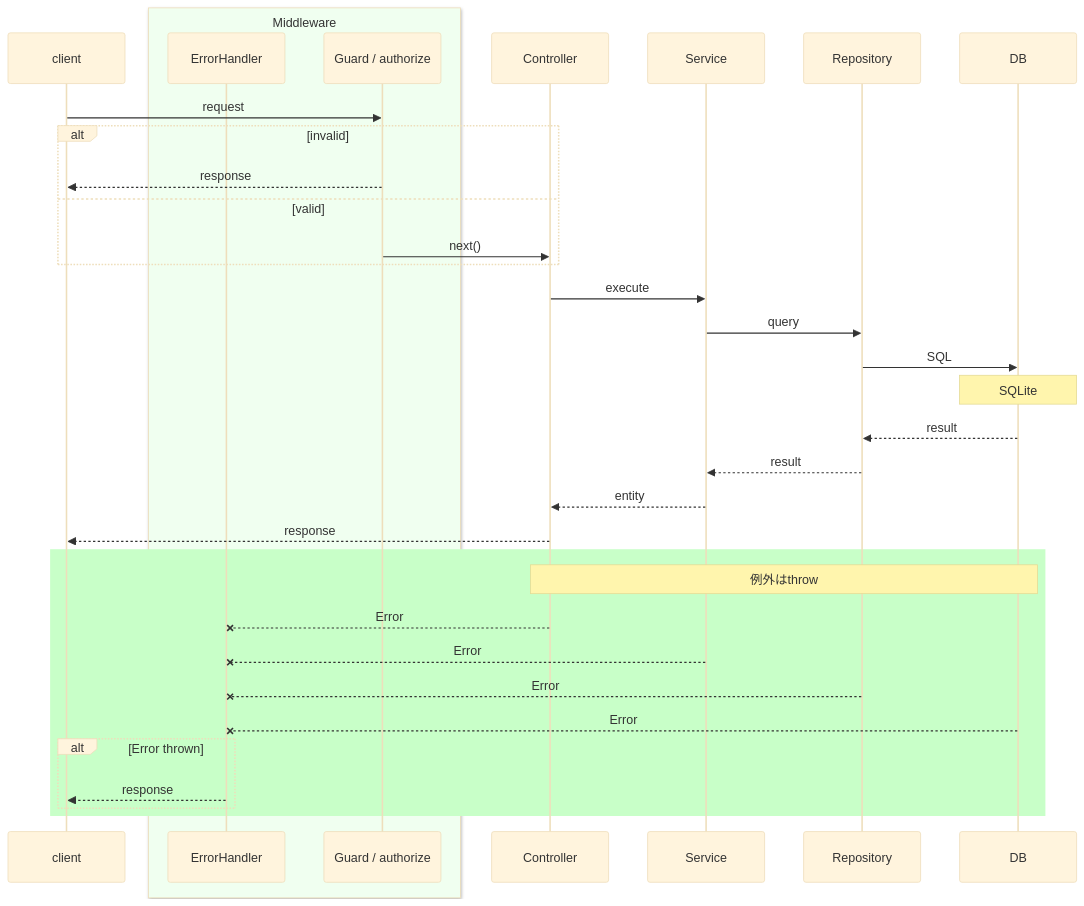
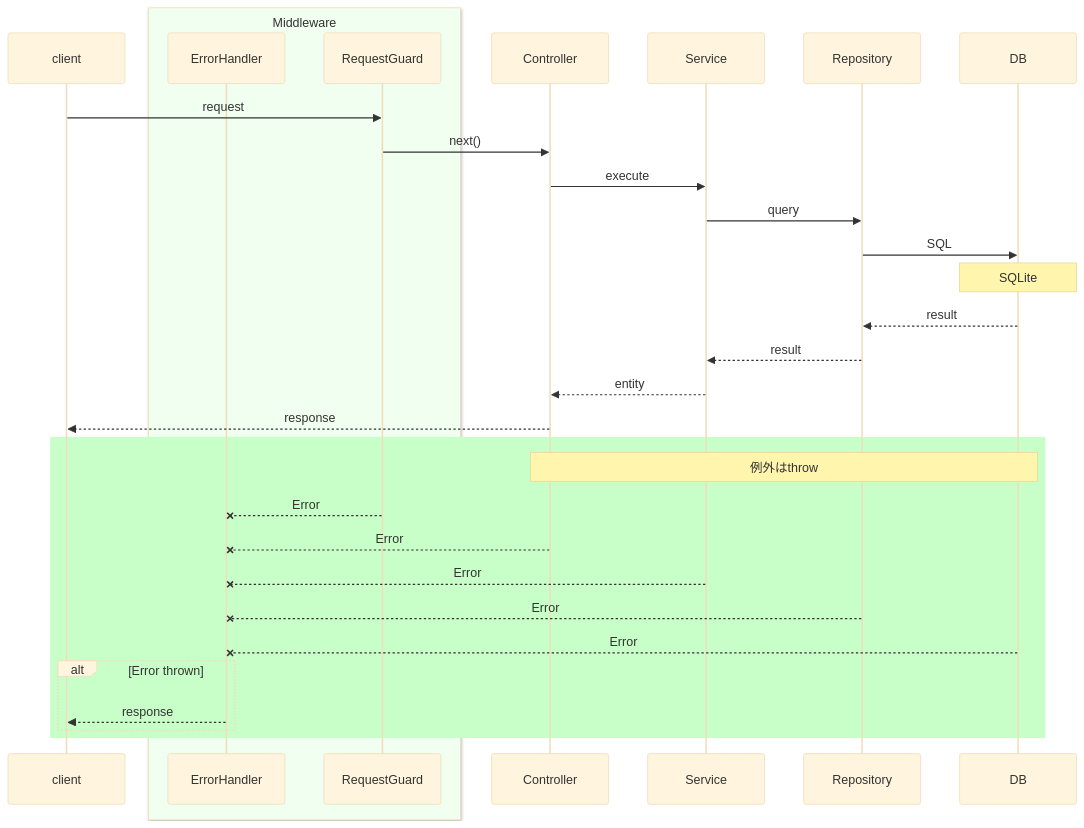
Before and after one commit to fujitashuichi/shared-driven-layered-ddd: the second of 2 diagrams in README.md, drawn with Mermaid (base theme). The commit also changed other lines of this file and 39 other files, not shown here.

Commit message:
Fix, Refactor: ErrorHandlerの不具合修正。GuardMiddlewareもthrowOnlyに組み込み、設計の共通化が完了

````diff
--- a/README.md
+++ b/README.md
@@ -54,41 +54,38 @@
 ```mermaid
 sequenceDiagram
   participant client
   box rgb(240, 255, 240) Middleware
     participant Error as ErrorHandler
-    participant Guard as Guard / authorize
+    participant Guard as RequestGuard
   end
   participant Controller
   participant Service
   participant Repository
   participant DB
 
   client ->> Guard: request
-  alt invalid
-    Guard -->> client: response
-  else valid
-    Guard ->> Controller: next()
-  end
+  Guard ->> Controller: next()
   Controller ->> Service: execute
   Service ->> Repository: query
   Repository ->> DB: SQL
 
   Note over DB: SQLite
 
   DB -->> Repository: result
   Repository -->> Service: result
   Service -->> Controller: entity
   Controller -->> client: response
 
 
   rect rgb(200, 255, 200)
     Note over Controller, DB: 例外はthrow
+    Guard --x Error: Error
     Controller --x Error: Error
     Service --x Error: Error
     Repository --x Error: Error
     DB --x Error: Error
     alt Error thrown
       Error -->> client: response
     end
   end
 ```
````
